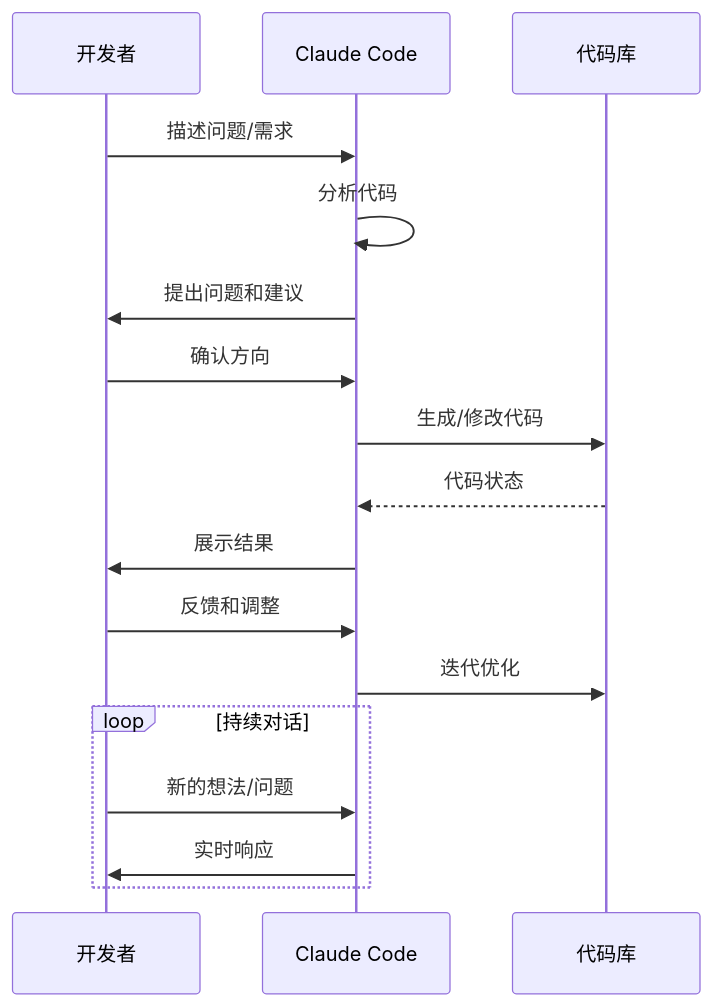
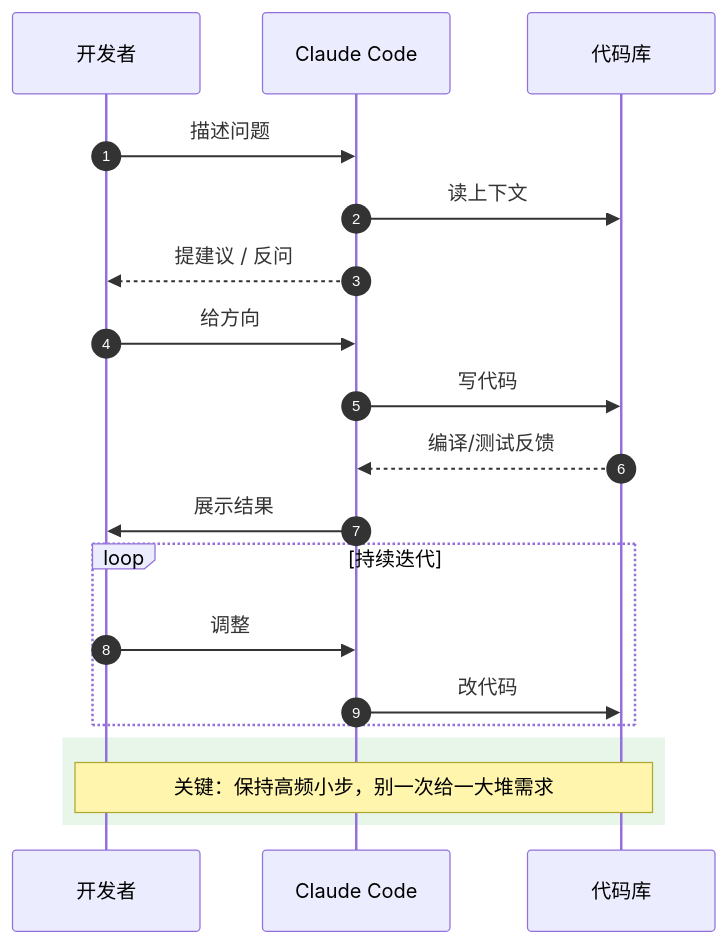
The fourth of 13 diagrams in docs/claude/ClaudeCode实战指南.md (microwind/ai-skills), drawn with Mermaid before and after one commit. The commit also changed other lines of this file and 32 other files, not shown here.

````diff
--- a/docs/claude/ClaudeCode实战指南.md
+++ b/docs/claude/ClaudeCode实战指南.md
@@ -153,20 +312,23 @@
 ```mermaid
 sequenceDiagram
-    participant 我 as 开发者
+    autonumber
+    participant Dev as 开发者
     participant Claude as Claude Code
-    participant Code as 代码库
+    participant Repo as 代码库
 
-    我->>Claude: 描述问题/需求
-    Claude->>Claude: 分析代码
-    Claude->>我: 提出问题和建议
-    我->>Claude: 确认方向
-    Claude->>Code: 生成/修改代码
-    Code-->>Claude: 代码状态
-    Claude->>我: 展示结果
-    我->>Claude: 反馈和调整
-    Claude->>Code: 迭代优化
-    loop 持续对话
-        我->>Claude: 新的想法/问题
-        Claude->>我: 实时响应
+    Dev->>Claude: 描述问题
+    Claude->>Repo: 读上下文
+    Claude-->>Dev: 提建议 / 反问
+    Dev->>Claude: 给方向
+    Claude->>Repo: 写代码
+    Repo-->>Claude: 编译/测试反馈
+    Claude->>Dev: 展示结果
+    loop 持续迭代
+        Dev->>Claude: 调整
+        Claude->>Repo: 改代码
+    end
+
+    rect rgb(232, 245, 233)
+    Note over Dev,Repo: 关键：保持高频小步，别一次给一大堆需求
     end
 ```
````
